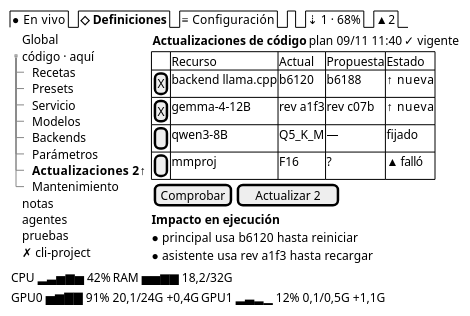
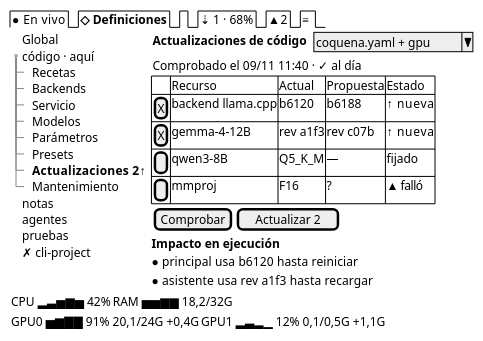
The diagram in docs/design/tui/U-definiciones-actualizaciones.salt.puml (mstranich/coquena), drawn with PlantUML before and after one commit. The commit also changed 43 other files, not shown here.

```diff
--- a/docs/design/tui/U-definiciones-actualizaciones.salt.puml
+++ b/docs/design/tui/U-definiciones-actualizaciones.salt.puml
@@ -1,40 +1,41 @@
 @startsalt
 {
-  {/ ● En vivo | <b>◇ Definiciones | ≡ Configuración | . | ⇣ 1 · 68% | ▲ 2 }
+  {/ ● En vivo | <b>◇ Definiciones | . | ⇣ 1 · 68% | ▲ 2 | ≡ }
   {
     {
     {T
       + Global
       + código · aquí
       ++ Recetas
-      ++ Presets
+      ++ Backends
       ++ Servicio
       ++ Modelos
-      ++ Backends
       ++ Parámetros
+      ++ Presets
       ++ <b>Actualizaciones 2↑
       ++ Mantenimiento
       + notas
       + agentes
       + pruebas
       + ✗ cli-project
     }
     } | {
-      { <b>Actualizaciones de código | plan 09/11 11:40 | ✓ vigente }
+      { <b>Actualizaciones de código | . | ^coquena.yaml + gpu^ }
+      { Comprobado el 09/11 11:40 · ✓ al día }
       {#
         . | Recurso | Actual | Propuesta | Estado
         [X] | backend llama.cpp | b6120 | b6188 | ↑ nueva
         [X] | gemma-4-12B | rev a1f3 | rev c07b | ↑ nueva
         [ ] | qwen3-8B | Q5_K_M | — | fijado
         [ ] | mmproj | F16 | ? | ▲ falló
       }
       { [Comprobar] | [Actualizar 2] }
       <b>Impacto en ejecución
       ● principal usa b6120 hasta reiniciar
       ● asistente usa rev a1f3 hasta recargar
     }
   }
   { CPU ▂▃▅▆▅ 42% | RAM ▅▅▆▆ 18,2/32G }
   { GPU0 ▅▆▇▇ 91% 20,1/24G +0,4G | GPU1 ▂▃▂▁ 12% 0,1/0,5G +1,1G }
 }
 @endsalt
```
